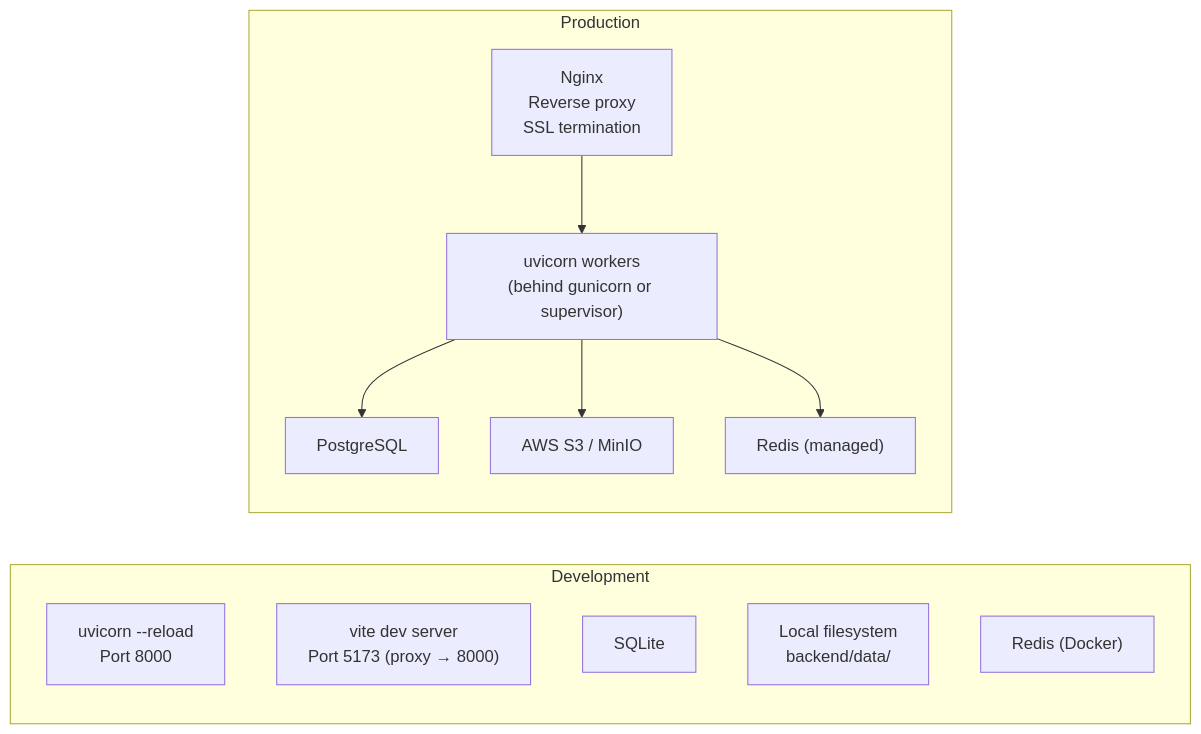
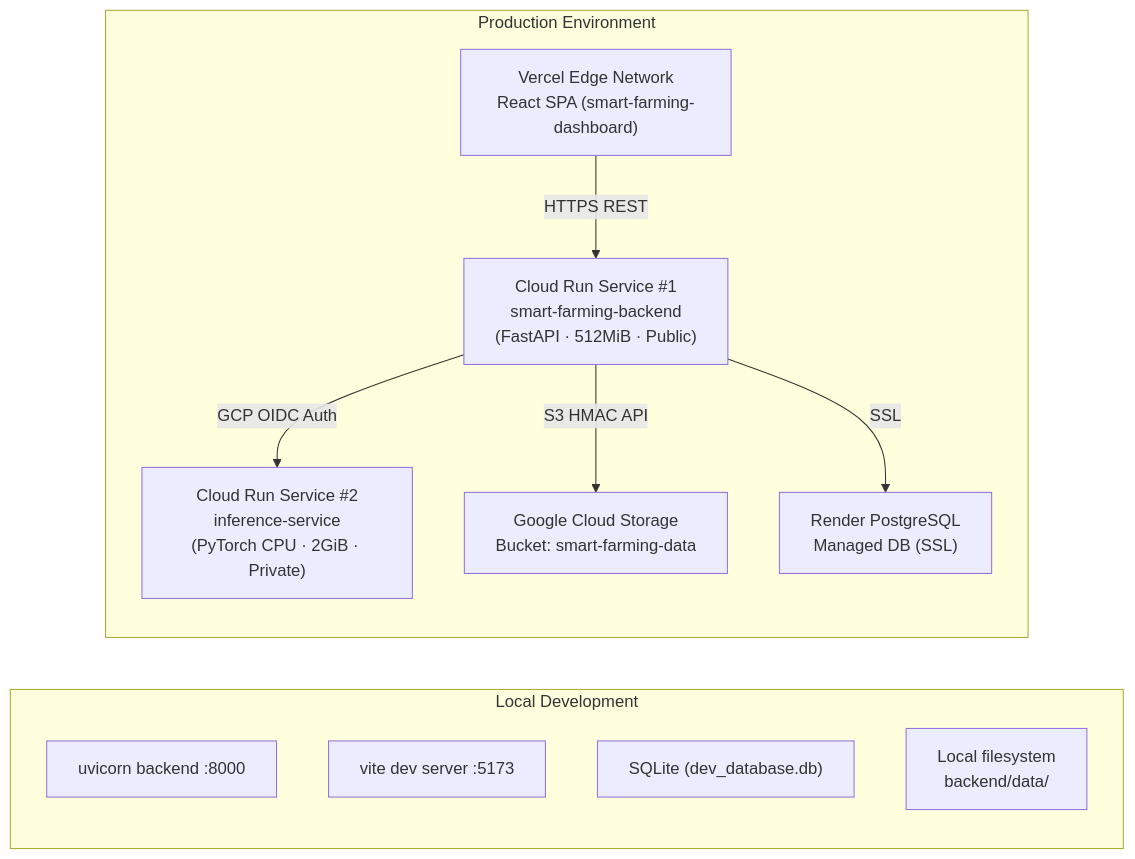
One commit to manthan2876/Smart-Farming changed diagram 11 of 11 in Docs/Architecture.md. Above: the diagram before and after it, drawn with Mermaid. The commit also changed other lines of this file and 2 other files, not shown here.

Commit message:
docs: update architecture, deployment guide, and config reference for Cloud Run, GCS, and Vercel

````diff
--- a/Docs/Architecture.md
+++ b/Docs/Architecture.md
@@ -707,23 +720,22 @@
 ```mermaid
 flowchart LR
-    subgraph DEV["Development"]
-        UVICORN["uvicorn --reload\nPort 8000"]
-        VITE["vite dev server\nPort 5173 (proxy → 8000)"]
-        SQLITE["SQLite"]
+    subgraph DEV["Local Development"]
+        UVICORN["uvicorn backend :8000"]
+        VITE["vite dev server :5173"]
+        SQLITE["SQLite (dev_database.db)"]
         LOCAL_S["Local filesystem\nbackend/data/"]
-        REDIS_D["Redis (Docker)"]
     end
 
-    subgraph PROD["Production"]
-        NGINX["Nginx\nReverse proxy\nSSL termination"]
-        GUNICORN["uvicorn workers\n(behind gunicorn or supervisor)"]
-        PG["PostgreSQL"]
-        S3P["AWS S3 / MinIO"]
-        REDIS_P["Redis (managed)"]
+    subgraph PROD["Production Environment"]
+        VERCEL["Vercel Edge Network\nReact SPA (smart-farming-dashboard)"]
+        CR_BACKEND["Cloud Run Service #1\nsmart-farming-backend\n(FastAPI · 512MiB · Public)"]
+        CR_INFER["Cloud Run Service #2\ninference-service\n(PyTorch CPU · 2GiB · Private)"]
+        GCS_STORE["Google Cloud Storage\nBucket: smart-farming-data"]
+        RENDER_PG["Render PostgreSQL\nManaged DB (SSL)"]
     end
 
-    NGINX --> GUNICORN
-    GUNICORN --> PG
-    GUNICORN --> S3P
-    GUNICORN --> REDIS_P
+    VERCEL -->|HTTPS REST| CR_BACKEND
+    CR_BACKEND -->|GCP OIDC Auth| CR_INFER
+    CR_BACKEND -->|S3 HMAC API| GCS_STORE
+    CR_BACKEND -->|SSL| RENDER_PG
 ```
````
